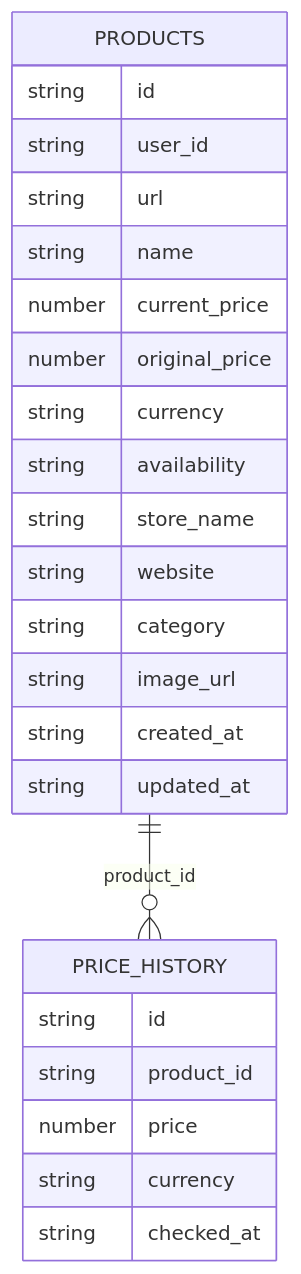
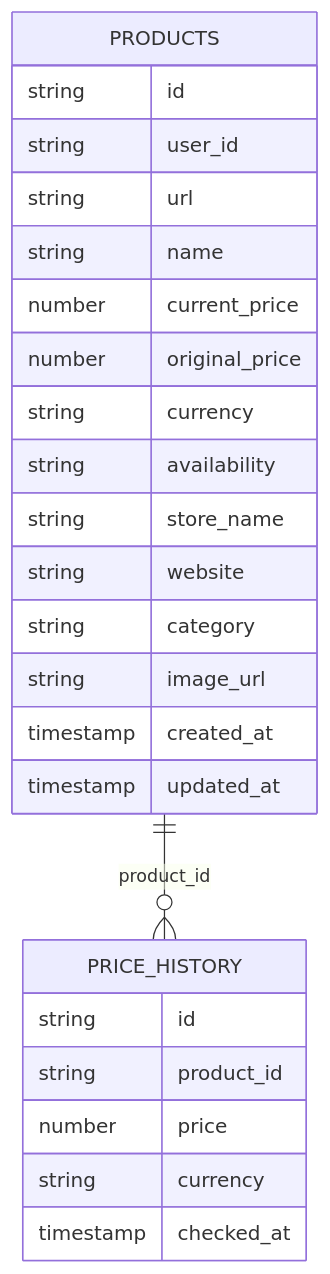
Before and after one commit to jyothikaogeti/dealdrop-smart-price-tracker: the second of 2 diagrams in README.md, drawn with Mermaid. The commit also changed other lines of this file, not shown here.

````diff
--- a/README.md
+++ b/README.md
@@ -192,27 +192,27 @@
 ```mermaid id="tc8vu9"
 erDiagram
 PRODUCTS ||--o{ PRICE_HISTORY : "product_id"
     PRODUCTS {
         string id
         string user_id
         string url
         string name
         number current_price
         number original_price
         string currency
         string availability
         string store_name
         string website
         string category
         string image_url
-        string created_at
-        string updated_at
+        timestamp created_at
+        timestamp updated_at
     }
     PRICE_HISTORY {
         string id
         string product_id
         number price
         string currency
-        string checked_at
+        timestamp checked_at
     }
 ```
````
